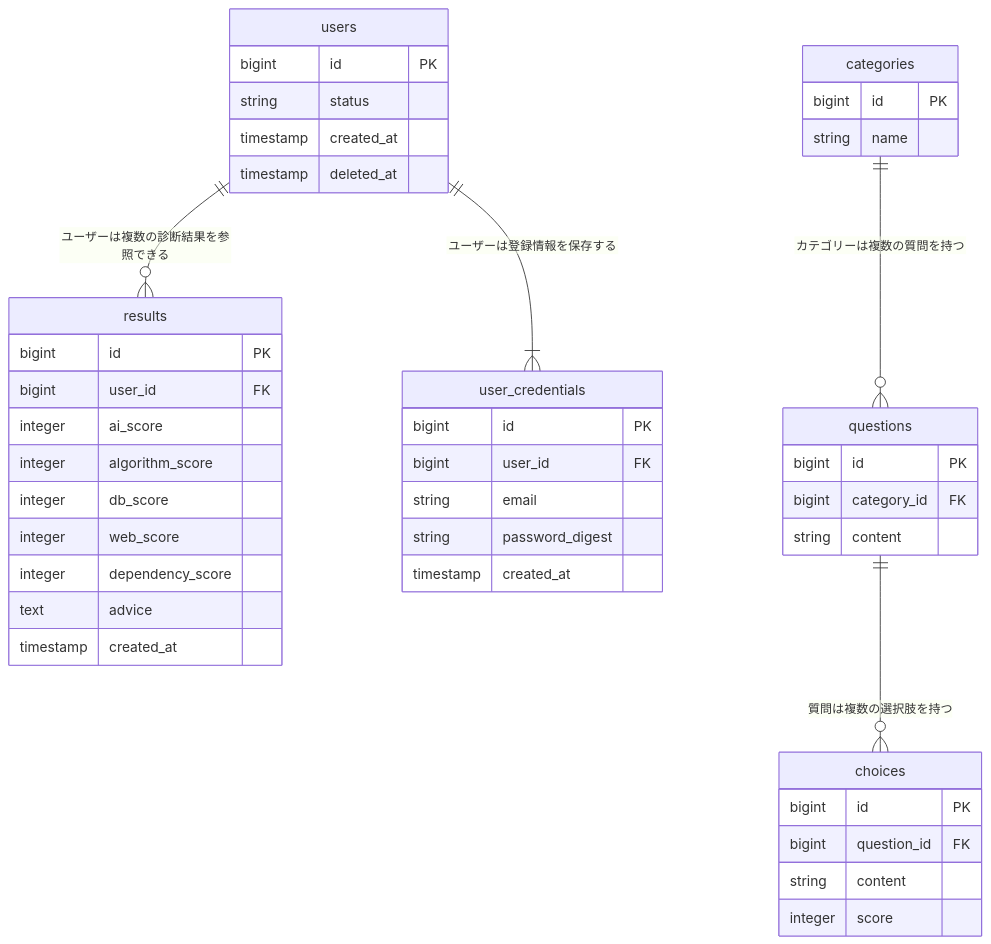
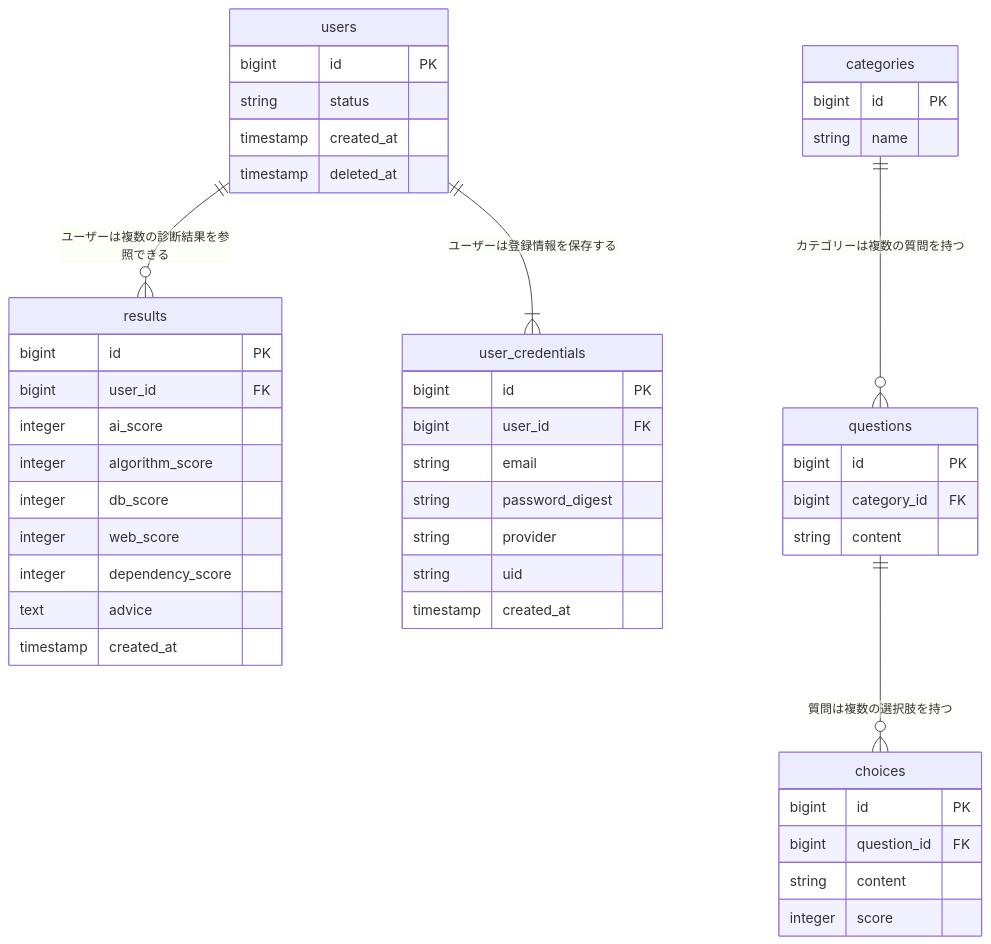
The diagram in README.md (rei-dev99/comprehension-debt-checker), drawn with Mermaid before and after one commit.

Commit message:
fix: erDiagram user_credentials add provider uid

````diff
--- a/README.md
+++ b/README.md
@@ -64,53 +64,55 @@
 ```mermaid
 erDiagram
     users ||--o{ results : ユーザーは複数の診断結果を参照できる
     users ||--|{ user_credentials : ユーザーは登録情報を保存する
 
     categories ||--o{ questions : "カテゴリーは複数の質問を持つ"
     questions ||--o{ choices : "質問は複数の選択肢を持つ"
 
     users {
         bigint id PK
         string status
         timestamp created_at
         timestamp deleted_at
     }
 
     user_credentials {
         bigint id PK
         bigint user_id FK
         string email
         string password_digest
+        string provider
+        string uid
         timestamp created_at
     }
 
     categories {
         bigint id PK
         string name
     }
 
     questions {
         bigint id PK
         bigint category_id FK
         string content
     }
 
     choices {
       bigint id PK
       bigint question_id FK
       string content
       integer score
     }
 
     results {
         bigint id PK
         bigint user_id FK
         integer ai_score
         integer algorithm_score
         integer db_score
         integer web_score
         integer dependency_score
         text advice
         timestamp created_at
     }
 ```
````
